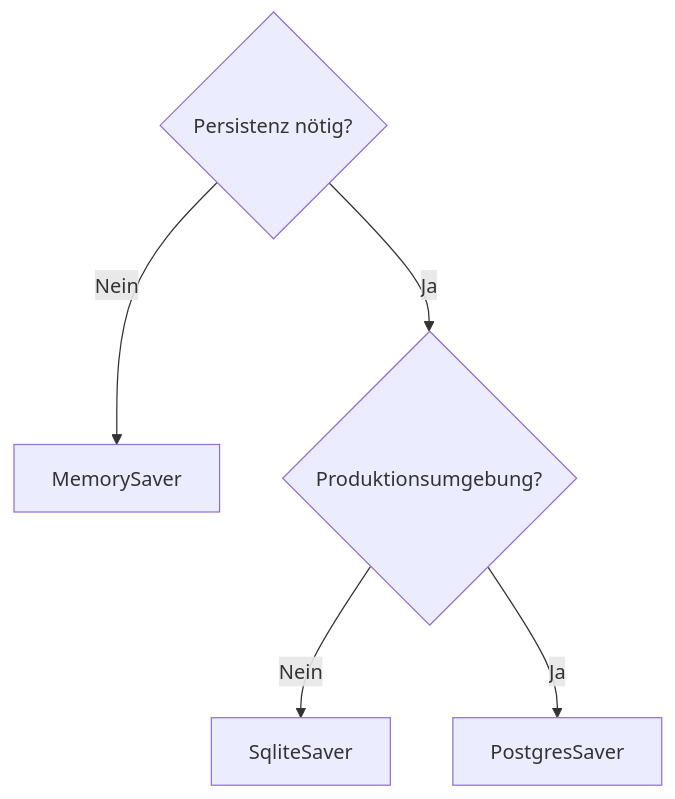
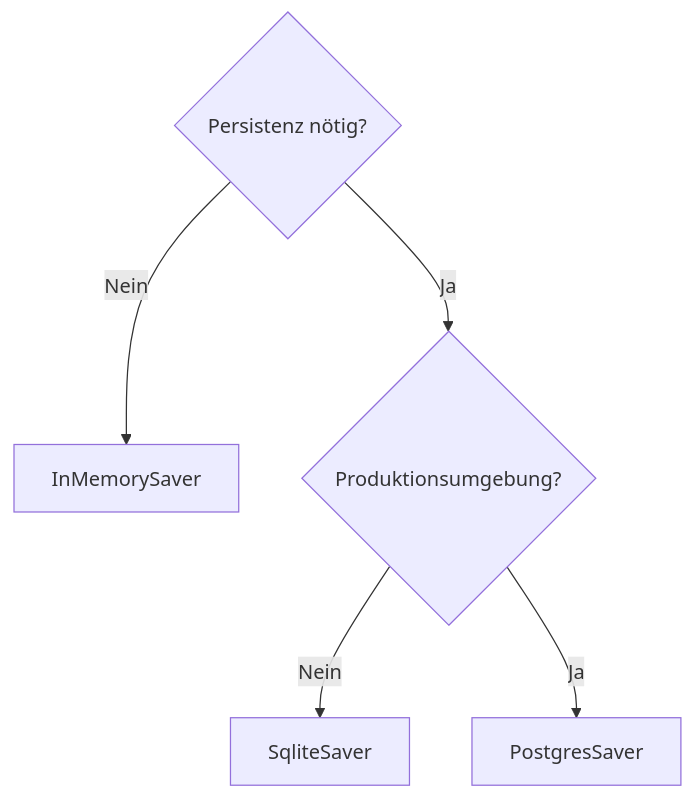
The second of 3 diagrams in docs/04-agenten-implementierung/ablauf-zustand/checkpointing-persistenz.md (ralf-42/Agenten), drawn with Mermaid before and after one commit. The commit also changed other lines of this file and 17 other files, not shown here.

````diff
--- a/docs/04-agenten-implementierung/ablauf-zustand/checkpointing-persistenz.md
+++ b/docs/04-agenten-implementierung/ablauf-zustand/checkpointing-persistenz.md
@@ -136,8 +136,8 @@
 ```mermaid
 flowchart TD
     A{Persistenz nötig?}
-    A -->|Nein| B[MemorySaver]
+    A -->|Nein| B[InMemorySaver]
     A -->|Ja| C{Produktionsumgebung?}
     C -->|Nein| D[SqliteSaver]
     C -->|Ja| E[PostgresSaver]
 ```
````
